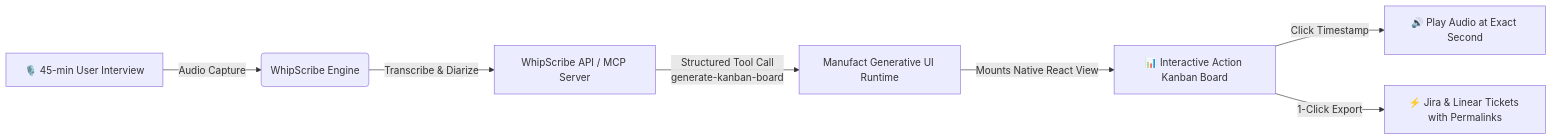
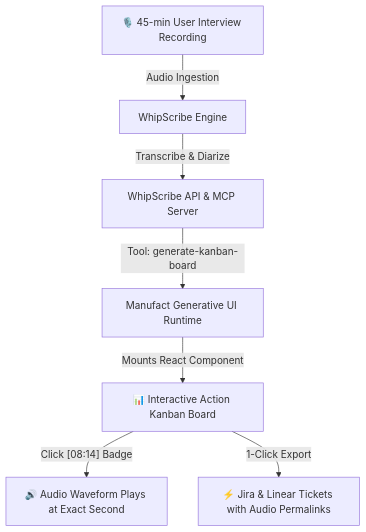
The diagram in apps/keerthiga/README.md (S-D-Keerthiga-Devi/whipscribe-buildathon), drawn with Mermaid before and after one commit.

Commit message:
fix(docs): fix mermaid diagram formatting for GitHub rendering

````diff
--- a/apps/keerthiga/README.md
+++ b/apps/keerthiga/README.md
@@ -43,9 +43,9 @@
 ```mermaid
-flowchart LR
-    A[🎙️ 45-min User Interview] -->|Audio Capture| B(WhipScribe Engine)
-    B -->|Transcribe & Diarize| C[WhipScribe API / MCP Server]
-    C -->|Structured Tool Call\ngenerate-kanban-board| D[Manufact Generative UI Runtime]
-    D -->|Mounts Native React View| E[📊 Interactive Action Kanban Board]
-    E -->|Click Timestamp| F[🔊 Play Audio at Exact Second]
-    E -->|1-Click Export| G[⚡ Jira & Linear Tickets with Permalinks]
+flowchart TD
+    A["🎙️ 45-min User Interview Recording"] -->|"Audio Ingestion"| B["WhipScribe Engine"]
+    B -->|"Transcribe & Diarize"| C["WhipScribe API & MCP Server"]
+    C -->|"Tool: generate-kanban-board"| D["Manufact Generative UI Runtime"]
+    D -->|"Mounts React Component"| E["📊 Interactive Action Kanban Board"]
+    E -->|"Click [08:14] Badge"| F["🔊 Audio Waveform Plays at Exact Second"]
+    E -->|"1-Click Export"| G["⚡ Jira & Linear Tickets with Audio Permalinks"]
 ```
````
